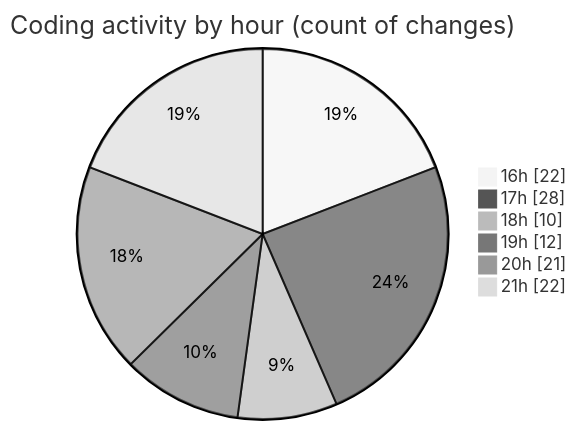
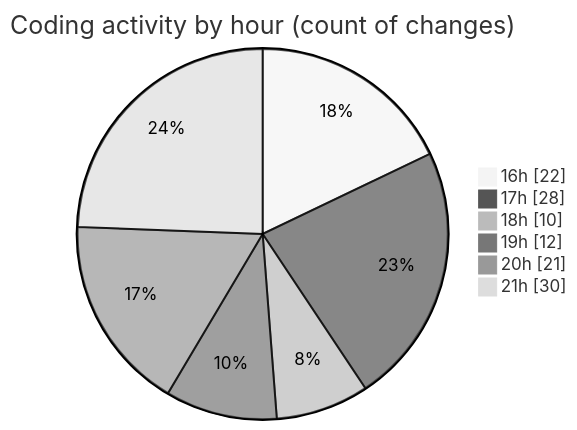
One commit to becaeroporto-bot/code-tracking changed the second of 2 diagrams in 2026-02-17/bot_v1_2/README.md. Above: the diagram before and after it, drawn with Mermaid (neutral theme). The commit also changed other lines of this file and 1 other file, not shown here.

````diff
--- a/2026-02-17/bot_v1_2/README.md
+++ b/2026-02-17/bot_v1_2/README.md
@@ -54,10 +54,10 @@
 ```mermaid
 pie showData
 title Coding activity by hour (count of changes)
 "16h" : 22
 "17h" : 28
 "18h" : 10
 "19h" : 12
 "20h" : 21
-"21h" : 22
+"21h" : 30
 ```
````
